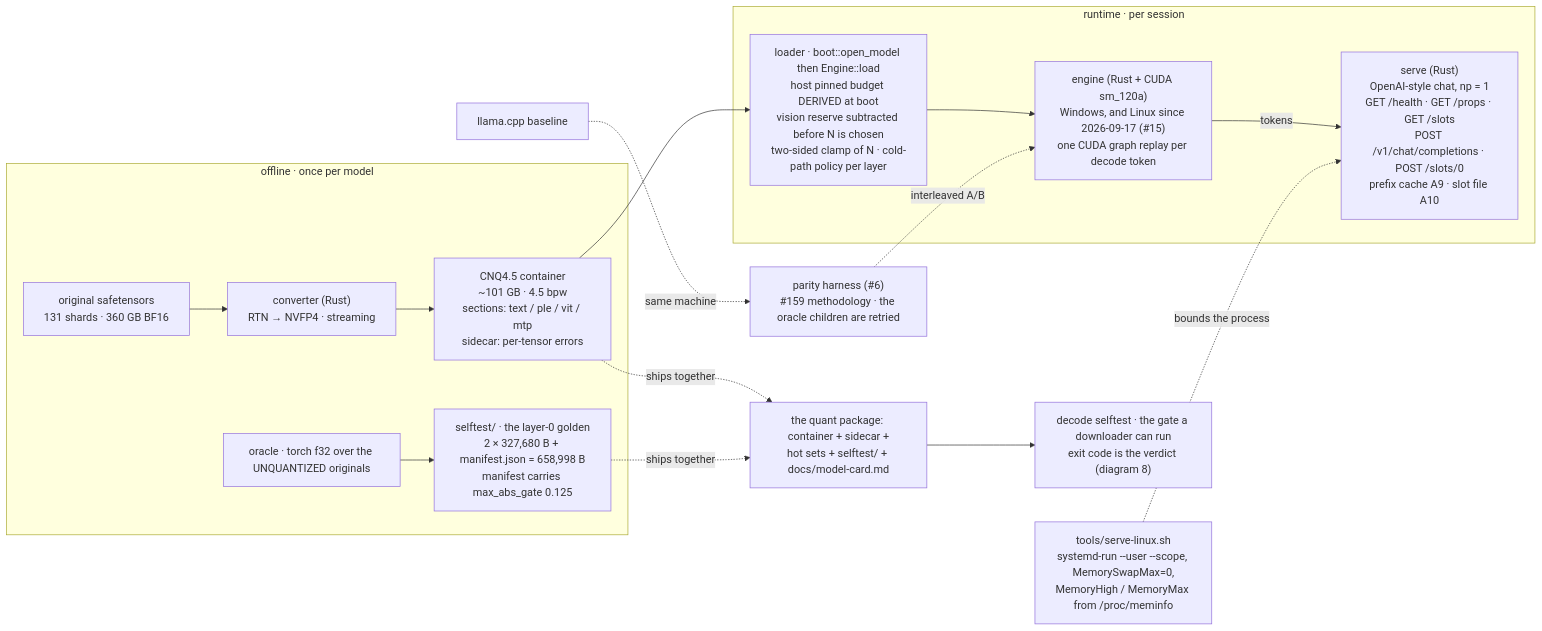
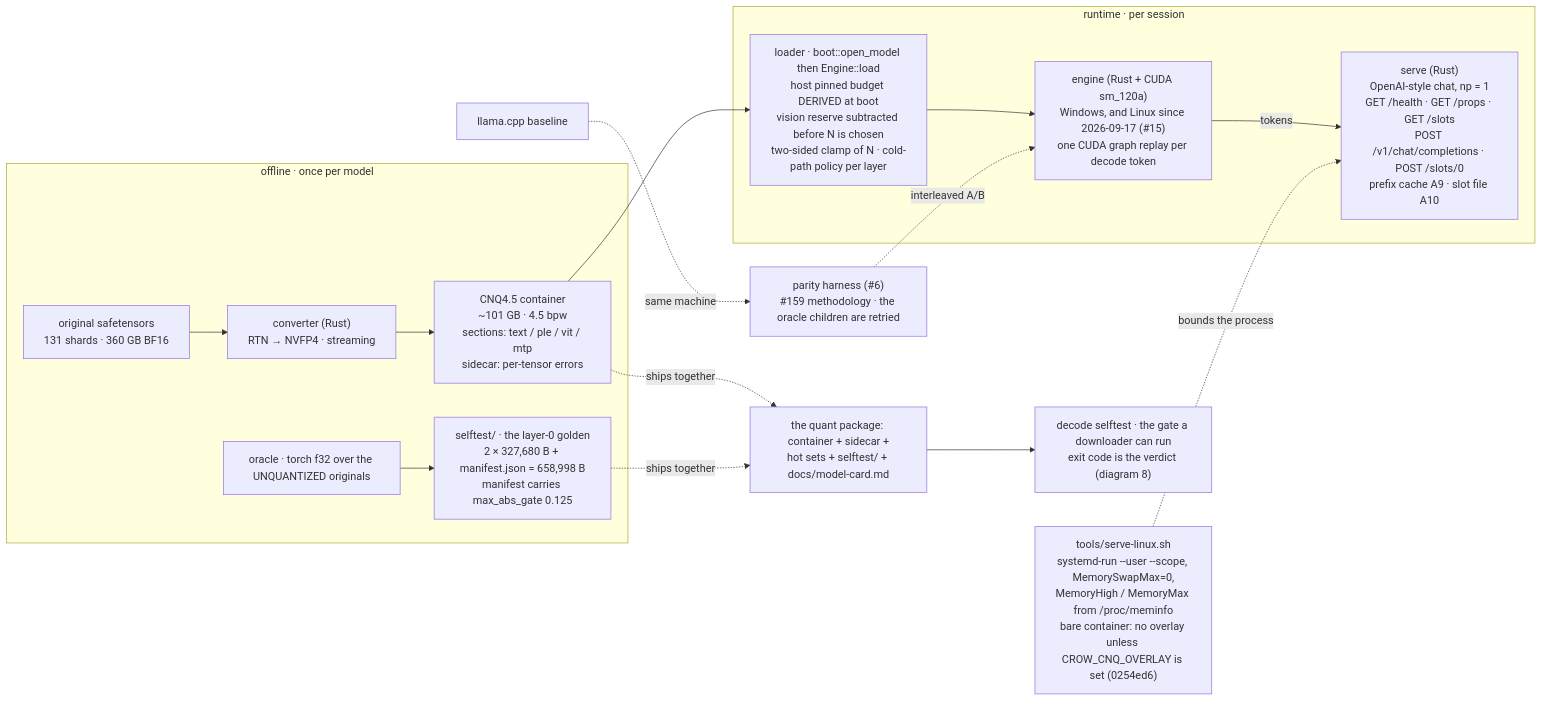
Before and after one commit to nibor1896/crow-nest: the first of 8 diagrams in docs/diagrams.md, drawn with Mermaid. The commit also changed other lines of this file and 12 other files, not shown here.

````diff
--- a/docs/diagrams.md
+++ b/docs/diagrams.md
@@ -15,19 +18,19 @@
 ```mermaid
 flowchart LR
     subgraph offline["offline · once per model"]
         ORIG["original safetensors\n131 shards · 360 GB BF16"] --> CONV["converter (Rust)\nRTN → NVFP4 · streaming"]
         CONV --> CNQ["CNQ4.5 container\n~101 GB · 4.5 bpw\nsections: text / ple / vit / mtp\nsidecar: per-tensor errors"]
         ORAC["oracle · torch f32 over the UNQUANTIZED originals"] --> GOLD["selftest/ · the layer-0 golden\n2 × 327,680 B + manifest.json = 658,998 B\nmanifest carries max_abs_gate 0.125"]
     end
     subgraph runtime["runtime · per session"]
         CNQ --> LOAD["loader · boot::open_model then Engine::load\nhost pinned budget DERIVED at boot\nvision reserve subtracted before N is chosen\ntwo-sided clamp of N · cold-path policy per layer"]
         LOAD --> ENG["engine (Rust + CUDA sm_120a)\nWindows, and Linux since 2026-09-17 (#15)\none CUDA graph replay per decode token"]
         ENG -->|"tokens"| API["serve (Rust)\nOpenAI-style chat, np = 1\nGET /health · GET /props · GET /slots\nPOST /v1/chat/completions · POST /slots/0\nprefix cache A9 · slot file A10"]
     end
-    SCOPE["tools/serve-linux.sh\nsystemd-run --user --scope, MemorySwapMax=0,\nMemoryHigh / MemoryMax from /proc/meminfo"] -.bounds the process.-> API
+    SCOPE["tools/serve-linux.sh\nsystemd-run --user --scope, MemorySwapMax=0,\nMemoryHigh / MemoryMax from /proc/meminfo\nbare container: no overlay unless CROW_CNQ_OVERLAY is set (0254ed6)"] -.bounds the process.-> API
     CNQ -.ships together.-> PKG["the quant package: container + sidecar +\nhot sets + selftest/ + docs/model-card.md"]
     GOLD -.ships together.-> PKG
     PKG --> SELF["decode selftest · the gate a downloader can run\nexit code is the verdict (diagram 8)"]
     HARNESS["parity harness (#6)\n#159 methodology · the oracle children are retried"] -.interleaved A/B.-> ENG
     BASE["llama.cpp baseline"] -.same machine.-> HARNESS
 ```
````
